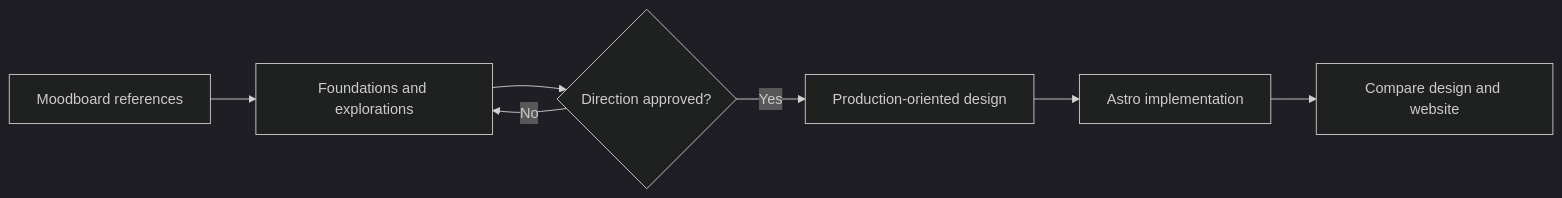
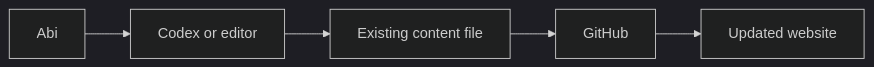
The second of 6 diagrams in docs/WORKFLOW.md (abicaride/abicaride.com), drawn with Mermaid (dark theme) before and after one commit. The commit also changed other lines of this file and 10 other files, not shown here.

Commit message:
docs: document architecture and workflows

````diff
--- a/docs/WORKFLOW.md
+++ b/docs/WORKFLOW.md
@@ -152,9 +57,7 @@
 ```mermaid
 flowchart LR
-    REFERENCES["Moodboard references"] --> EXPLORE["Foundations and explorations"]
-    EXPLORE --> REVIEW{"Direction approved?"}
-    REVIEW -->|"No"| EXPLORE
-    REVIEW -->|"Yes"| PRODUCTION["Production-oriented design"]
-    PRODUCTION --> IMPLEMENT["Astro implementation"]
-    IMPLEMENT --> VERIFY["Compare design and website"]
+    ABI["Abi"] --> EDIT["Codex or editor"]
+    EDIT --> FILE["Existing content file"]
+    FILE --> GIT["GitHub"]
+    GIT --> SITE["Updated website"]
 ```
````
